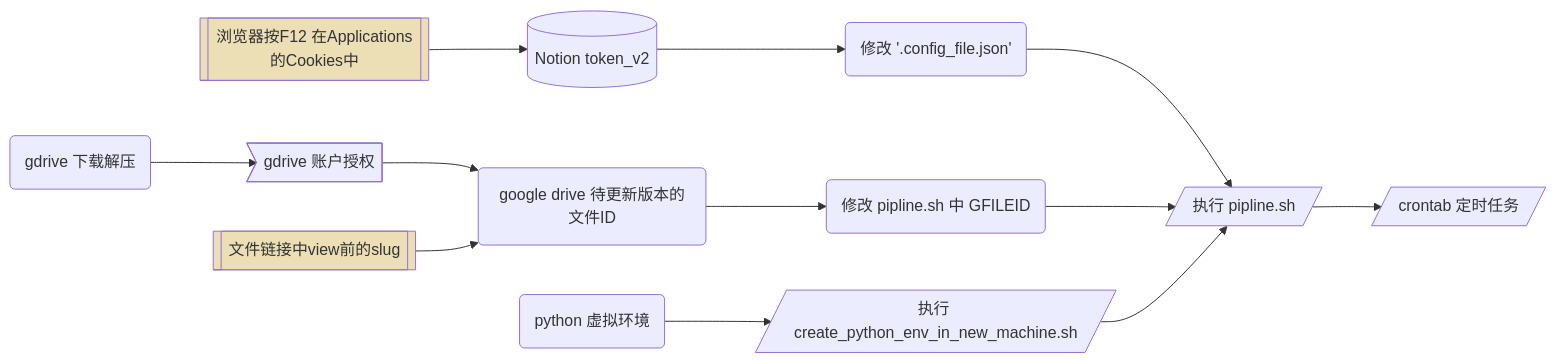
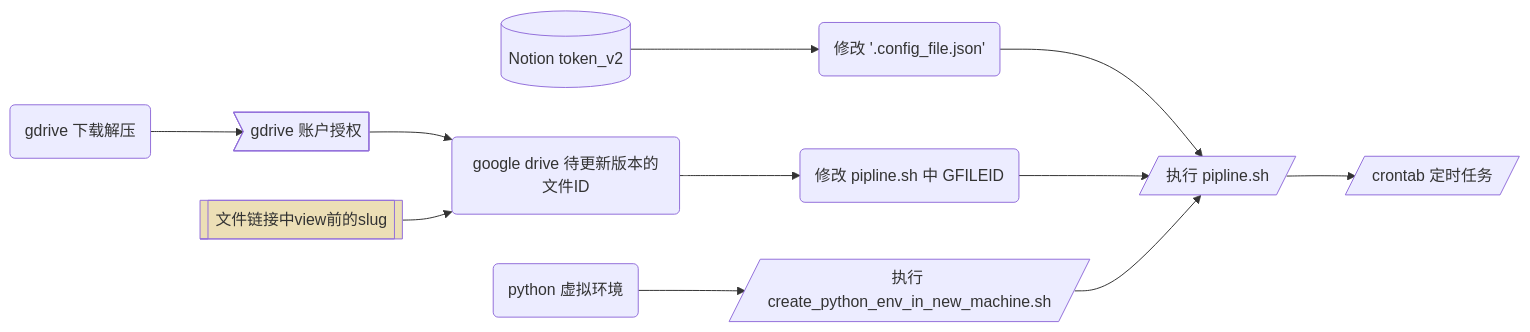
One commit to dario-github/notion_auto_backup changed the diagram in README.md. Above: the diagram before and after it, drawn with Mermaid. The commit also changed other lines of this file, not shown here.

````diff
--- a/README.md
+++ b/README.md
@@ -12,13 +12,15 @@
 ```mermaid
 flowchart LR
-    A0[[浏览器按F12 在Applications的Cookies中]] --> A
     A[(Notion token_v2)] --> A1(修改 '.config_file.json')
     B(gdrive 下载解压) --> B1>gdrive 账户授权] --> B2(google drive 待更新版本的文件ID) -->B3(修改 pipline.sh 中 GFILEID)
     C(python 虚拟环境) --> C1[/执行 create_python_env_in_new_machine.sh/]
     B22[[文件链接中view前的slug]] --> B2
     A1 & B3 & C1 --> D[/执行 pipline.sh/]
     D --> E[/crontab 定时任务/]
 
-    style A0 fill:#ecdfb6
     style B22 fill:#ecdfb6
+    
+    click A "https://github.com/dario-github/notion_backup#获取Notion-token_v2" _self
+    click B "https://github.com/dario-github/notion_backup#获取Notion-token_v2" _parent
+    click C "https://github.com/dario-github/notion_backup#获取Notion-token_v2" _top
 ```
````
